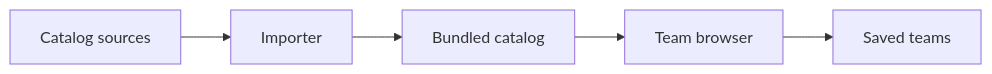
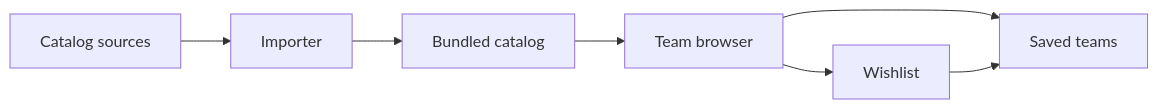
The diagram in README.md (Waxmard/champions-atlas), drawn with Mermaid before and after one commit. The commit also changed other lines of this file and 33 other files, not shown here.

````diff
--- a/README.md
+++ b/README.md
@@ -7,7 +7,9 @@
 ```mermaid
 flowchart LR
   sources[Catalog sources] --> importer[Importer]
   importer --> catalog[Bundled catalog]
   catalog --> browser[Team browser]
+  browser --> wishlist[Wishlist]
   browser --> saved[Saved teams]
+  wishlist --> saved
 ```
````
